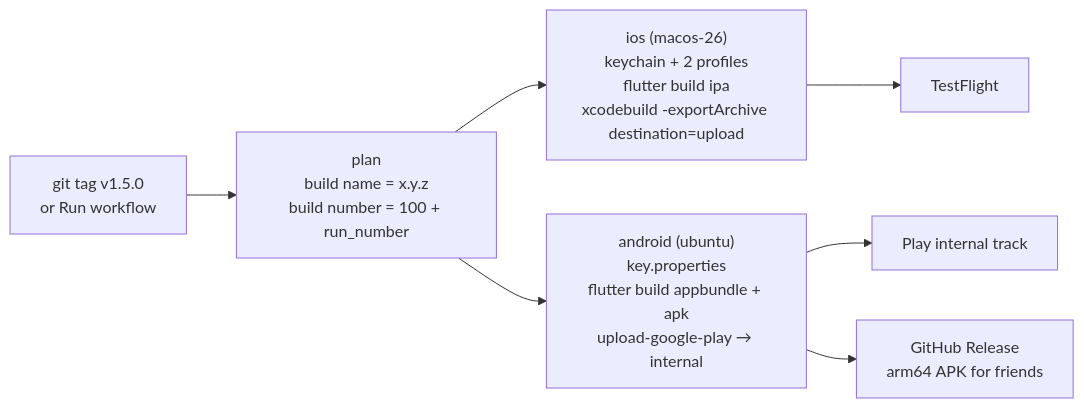
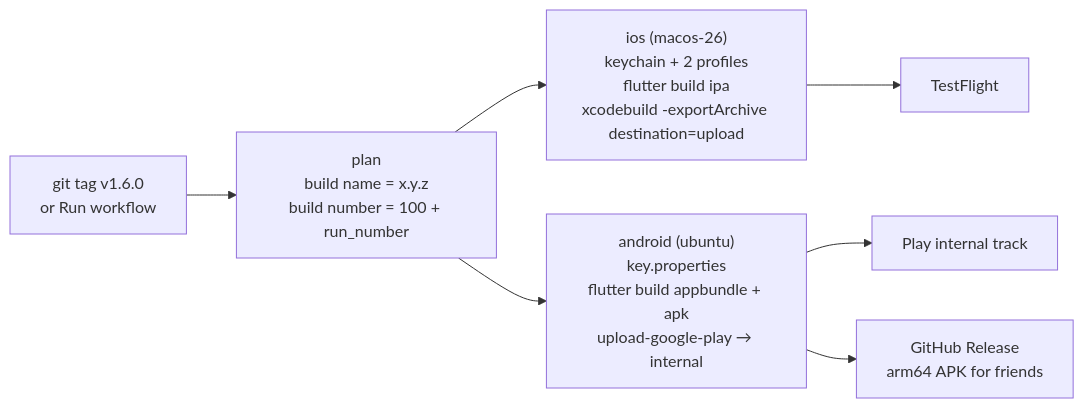
The diagram in docs/RELEASING.md (AkiyamaKunka/BiteWise), drawn with Mermaid before and after one commit. The commit also changed other lines of this file and 7 other files, not shown here.

````diff
--- a/docs/RELEASING.md
+++ b/docs/RELEASING.md
@@ -20,9 +20,9 @@
 ```mermaid
 flowchart LR
-    Tag["git tag v1.5.0<br/>or Run workflow"] --> Plan["plan<br/>build name = x.y.z<br/>build number = 100 + run_number"]
+    Tag["git tag v1.6.0<br/>or Run workflow"] --> Plan["plan<br/>build name = x.y.z<br/>build number = 100 + run_number"]
     Plan --> iOS["ios (macos-26)<br/>keychain + 2 profiles<br/>flutter build ipa<br/>xcodebuild -exportArchive destination=upload"]
     Plan --> And["android (ubuntu)<br/>key.properties<br/>flutter build appbundle + apk<br/>upload-google-play → internal"]
     iOS --> TF["TestFlight"]
     And --> Play["Play internal track"]
     And --> GH["GitHub Release<br/>arm64 APK for friends"]
 ```
````
